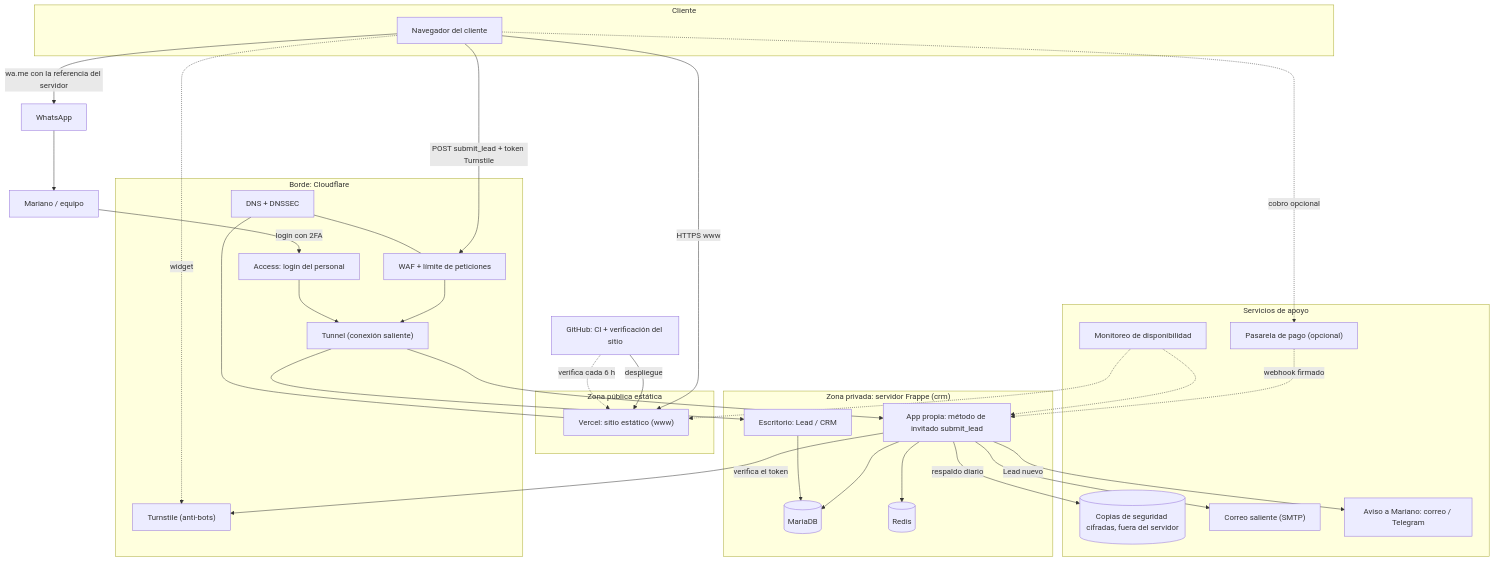
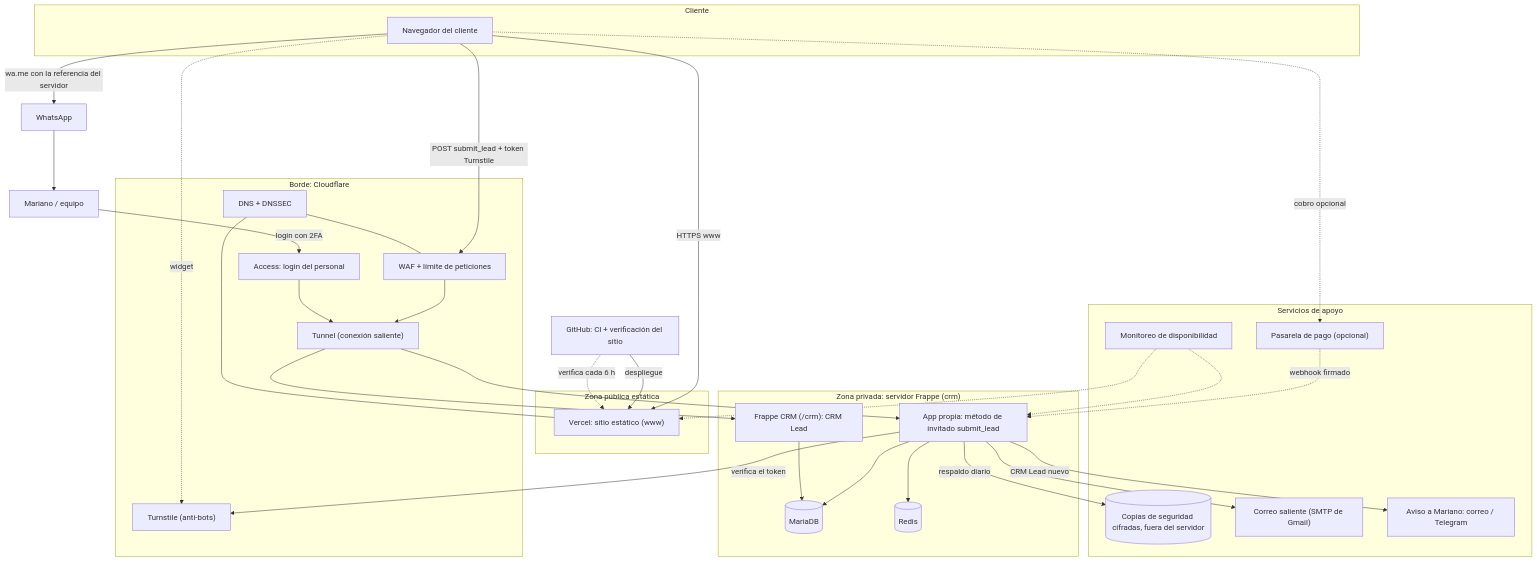
Before and after one commit to DOKK-droid/landing-ml: the second of 2 diagrams in docs/INTEGRACIONES.md, drawn with Mermaid. The commit also changed other lines of this file and 5 other files, not shown here.

````diff
--- a/docs/INTEGRACIONES.md
+++ b/docs/INTEGRACIONES.md
@@ -33,63 +33,63 @@
 ```mermaid
 flowchart TB
   subgraph Cliente
     B["Navegador del cliente"]
   end
 
   subgraph Borde["Borde: Cloudflare"]
     DNS["DNS + DNSSEC"]
     WAF["WAF + límite de peticiones"]
     TS["Turnstile (anti-bots)"]
     ACC["Access: login del personal"]
     TUN["Tunnel (conexión saliente)"]
   end
 
   subgraph Publica["Zona pública estática"]
     V["Vercel: sitio estático (www)"]
   end
 
   subgraph Privada["Zona privada: servidor Frappe (crm)"]
     F["App propia: método de invitado submit_lead"]
-    CRM["Escritorio: Lead / CRM"]
+    CRM["Frappe CRM (/crm): CRM Lead"]
     DB[("MariaDB")]
     RD[("Redis")]
   end
 
   subgraph Servicios["Servicios de apoyo"]
     BK[("Copias de seguridad cifradas, fuera del servidor")]
-    MAIL["Correo saliente (SMTP)"]
+    MAIL["Correo saliente (SMTP de Gmail)"]
     NOTI["Aviso a Mariano: correo / Telegram"]
     MON["Monitoreo de disponibilidad"]
     PAY["Pasarela de pago (opcional)"]
   end
 
   GH["GitHub: CI + verificación del sitio"]
   WA["WhatsApp"]
   MAR["Mariano / equipo"]
 
   B -->|"HTTPS www"| V
   B -.->|"widget"| TS
   B -->|"POST submit_lead + token Turnstile"| WAF
   WAF --> TUN
   TUN --> F
   F -->|"verifica el token"| TS
   F --> DB
   F --> RD
-  F -->|"Lead nuevo"| NOTI
+  F -->|"CRM Lead nuevo"| NOTI
   F -->|"respaldo diario"| BK
   F --> MAIL
   MAR -->|"login con 2FA"| ACC
   ACC --> TUN
   TUN --> CRM
   CRM --> DB
   B -->|"wa.me con la referencia del servidor"| WA
   WA --> MAR
   B -.->|"cobro opcional"| PAY
   PAY -.->|"webhook firmado"| F
   GH -->|"despliegue"| V
   GH -.->|"verifica cada 6 h"| V
   MON -.-> V
   MON -.-> F
   DNS --- V
   DNS --- WAF
 ```
````
